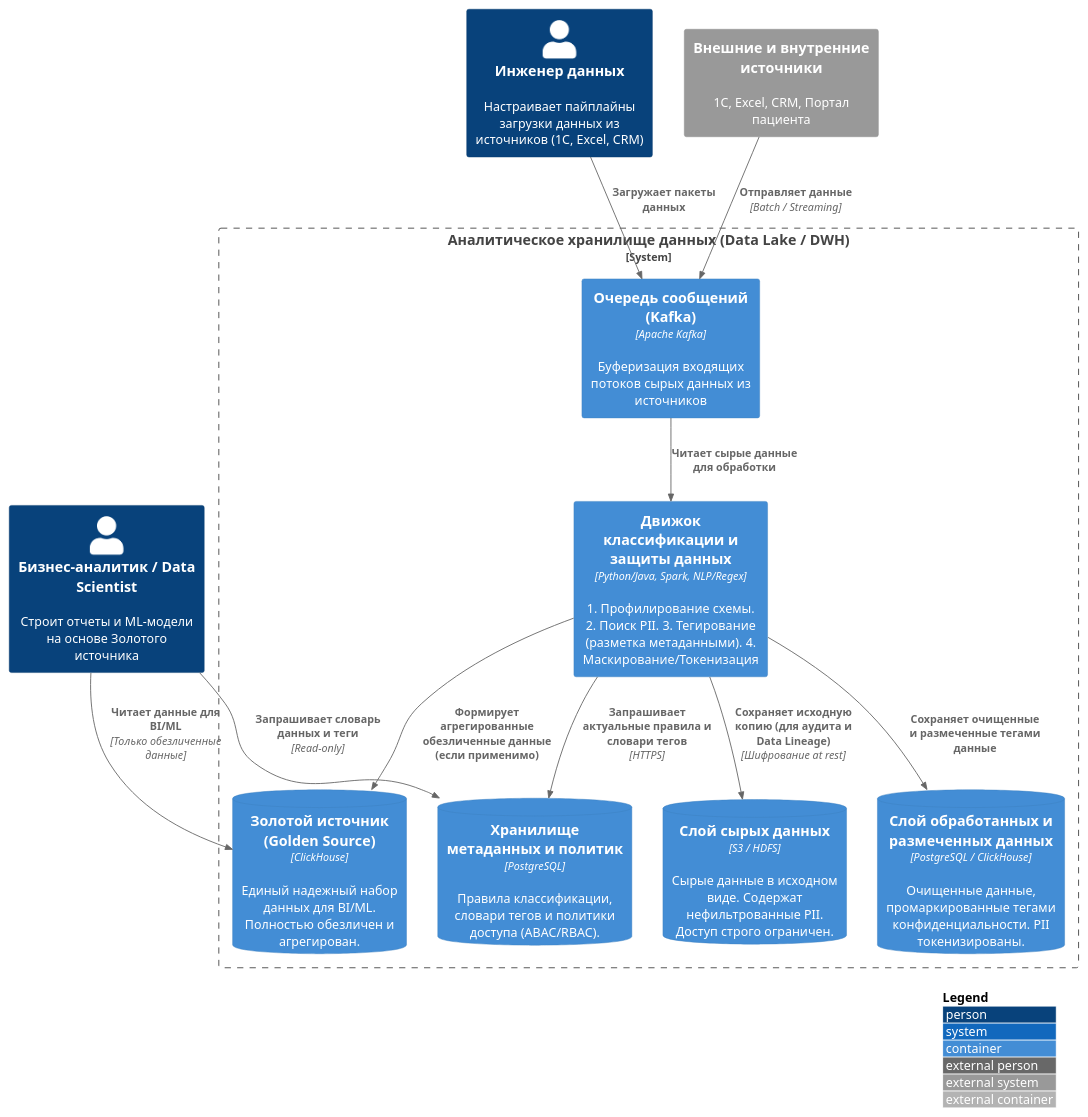
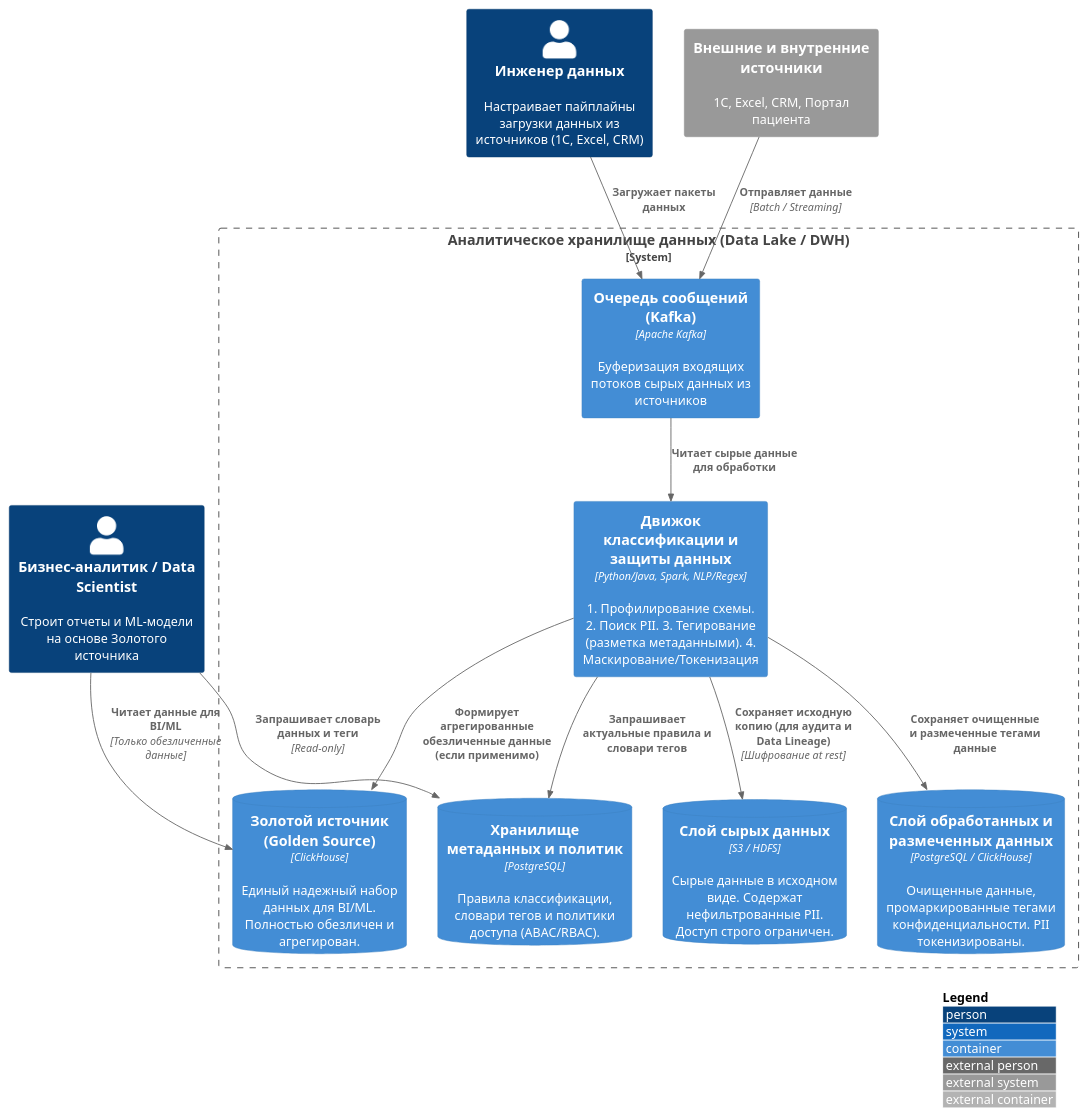
One commit to binom1982/yandex-practicum-architecture-pro--architecture-medikamente changed the diagram in Task6/diagram.puml. Above: the diagram before and after it, drawn with PlantUML. The commit also changed 2 other files, not shown here.

```diff
--- a/Task6/diagram.puml
+++ b/Task6/diagram.puml
@@ -1,38 +1,38 @@
 @startuml
 !include https://raw.githubusercontent.com/plantuml-stdlib/C4-PlantUML/master/C4_Container.puml
 
 LAYOUT_WITH_LEGEND()
 
 Person(Analyst, "Бизнес-аналитик / Data Scientist", "Строит отчеты и ML-модели на основе Золотого источника")
 Person(DataEngineer, "Инженер данных", "Настраивает пайплайны загрузки данных из источников (1C, Excel, CRM)")
 
 System_Boundary(DWH_Boundary, "Аналитическое хранилище данных (Data Lake / DWH)") {
     
     Container(IngestionQueue, "Очередь сообщений (Kafka)", "Apache Kafka", "Буферизация входящих потоков сырых данных из источников")
     
     Container(ClassificationEngine, "Движок классификации и защиты данных", "Python/Java, Spark, NLP/Regex", "1. Профилирование схемы. 2. Поиск PII. 3. Тегирование (разметка метаданными). 4. Маскирование/Токенизация")
     
     ContainerDb(RawDataLayer, "Слой сырых данных", "S3 / HDFS", "Сырые данные в исходном виде. Содержат нефильтрованные PII. Доступ строго ограничен.")
     ContainerDb(ProcessedLabeledLayer, "Слой обработанных и размеченных данных", "PostgreSQL / ClickHouse", "Очищенные данные, промаркированные тегами конфиденциальности. PII токенизированы.")
     ContainerDb(GoldenSource, "Золотой источник (Golden Source)", "ClickHouse", "Единый надежный набор данных для BI/ML. Полностью обезличен и агрегирован.")
     
     ContainerDb(MetadataStore, "Хранилище метаданных и политик", "PostgreSQL", "Правила классификации, словари тегов и политики доступа (ABAC/RBAC).")
 }
 
 System_Ext(ExternalSources, "Внешние и внутренние источники", "1С, Excel, CRM, Портал пациента")
 
 Rel(DataEngineer, IngestionQueue, "Загружает пакеты данных")
 Rel(ExternalSources, IngestionQueue, "Отправляет данные", "Batch / Streaming")
 
 Rel(IngestionQueue, ClassificationEngine, "Читает сырые данные для обработки")
-Rel(ClassificationEngine, MetadataStore, "Запрашивает актуальные правила и словари тегов", "HTTPS")
+Rel(ClassificationEngine, MetadataStore, "Запрашивает актуальные правила и словари тегов")
 Rel(ClassificationEngine, RawDataLayer, "Сохраняет исходную копию (для аудита и Data Lineage)", "Шифрование at rest")
 Rel(ClassificationEngine, ProcessedLabeledLayer, "Сохраняет очищенные и размеченные тегами данные")
 Rel(ClassificationEngine, GoldenSource, "Формирует агрегированные обезличенные данные (если применимо)")
 
 Rel(Analyst, GoldenSource, "Читает данные для BI/ML", "Только обезличенные данные")
 Rel(Analyst, MetadataStore, "Запрашивает словарь данных и теги", "Read-only")
 
 UpdateRelStyle(ClassificationEngine, ProcessedLabeledLayer, $textColor="green", $lineColor="green", $offsetY="-20")
 UpdateRelStyle(ClassificationEngine, GoldenSource, $textColor="blue", $lineColor="blue", $offsetY="20")
 @enduml
```
